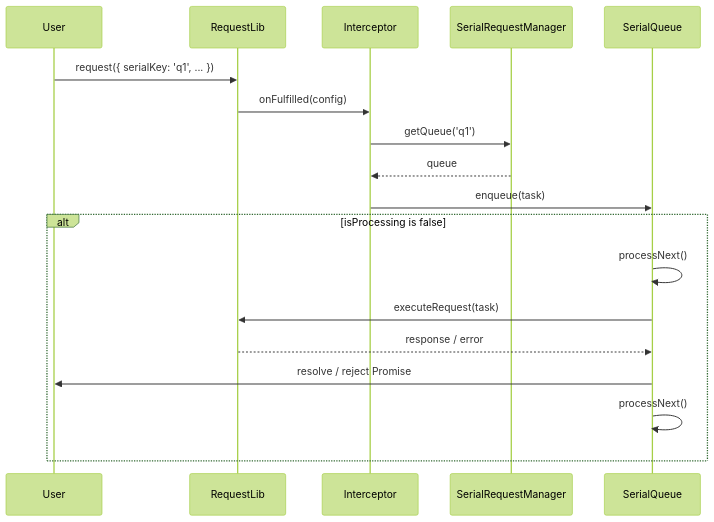
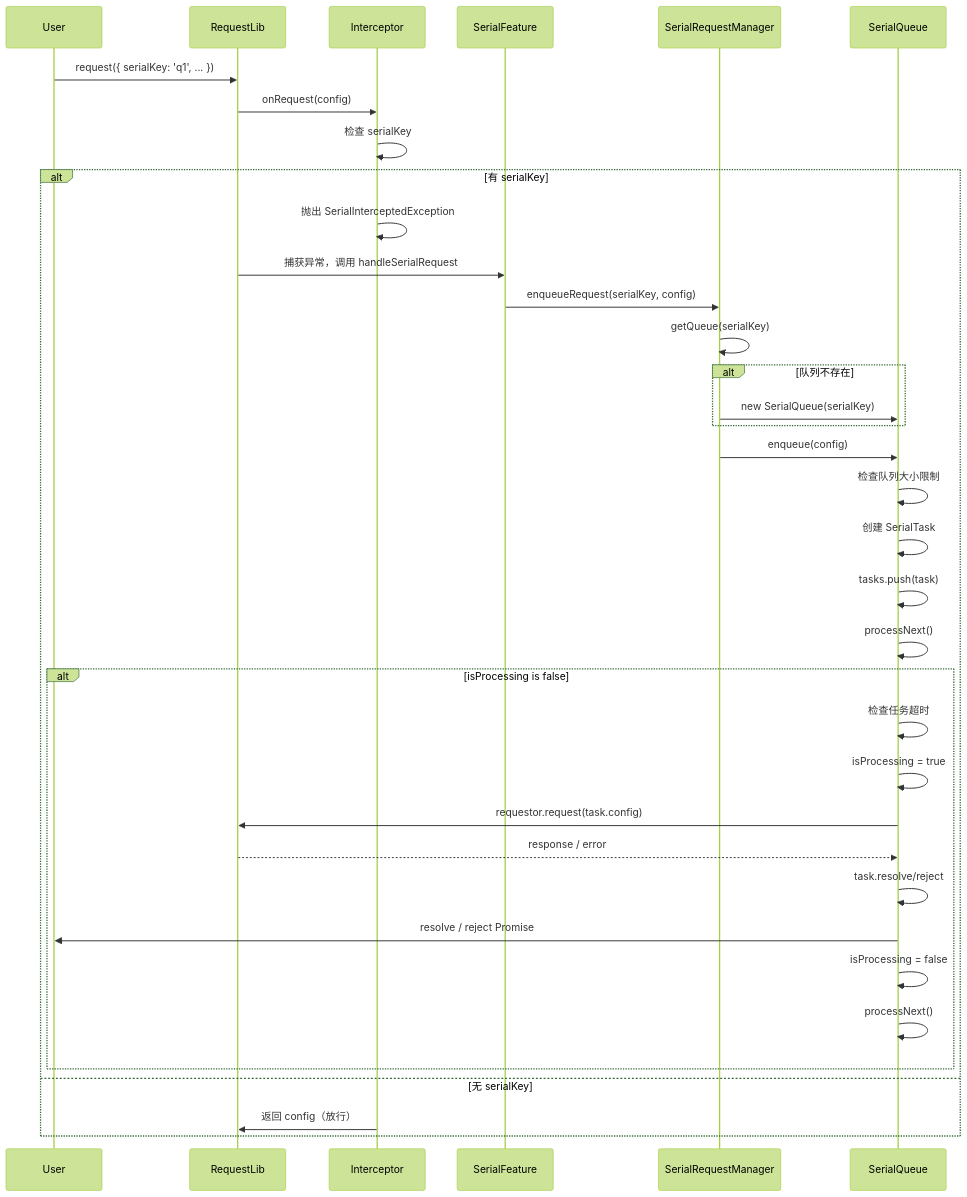
One commit to warmeaf/gh-request-lib changed the diagram in packages/request-core/src/features/serial/README.md. Above: the diagram before and after it, drawn with Mermaid (forest theme). The commit also changed other lines of this file and 10 other files, not shown here.

````diff
--- a/packages/request-core/src/features/serial/README.md
+++ b/packages/request-core/src/features/serial/README.md
@@ -98,21 +761,39 @@
 ```mermaid
 sequenceDiagram
     participant User
     participant RequestLib
     participant Interceptor
+    participant SerialFeature
     participant SerialRequestManager
     participant SerialQueue
 
     User->>RequestLib: request({ serialKey: 'q1', ... })
-    RequestLib->>Interceptor: onFulfilled(config)
-    Interceptor->>SerialRequestManager: getQueue('q1')
-    SerialRequestManager-->>Interceptor: queue
-    Interceptor->>SerialQueue: enqueue(task)
-    alt isProcessing is false
+    RequestLib->>Interceptor: onRequest(config)
+    Interceptor->>Interceptor: 检查 serialKey
+    alt 有 serialKey
+        Interceptor->>Interceptor: 抛出 SerialInterceptedException
+        RequestLib->>SerialFeature: 捕获异常，调用 handleSerialRequest
+        SerialFeature->>SerialRequestManager: enqueueRequest(serialKey, config)
+        SerialRequestManager->>SerialRequestManager: getQueue(serialKey)
+        alt 队列不存在
+            SerialRequestManager->>SerialQueue: new SerialQueue(serialKey)
+        end
+        SerialRequestManager->>SerialQueue: enqueue(config)
+        SerialQueue->>SerialQueue: 检查队列大小限制
+        SerialQueue->>SerialQueue: 创建 SerialTask
+        SerialQueue->>SerialQueue: tasks.push(task)
         SerialQueue->>SerialQueue: processNext()
-        SerialQueue->>RequestLib: executeRequest(task)
-        RequestLib-->>SerialQueue: response / error
-        SerialQueue->>User: resolve / reject Promise
-        SerialQueue->>SerialQueue: processNext()
+        alt isProcessing is false
+            SerialQueue->>SerialQueue: 检查任务超时
+            SerialQueue->>SerialQueue: isProcessing = true
+            SerialQueue->>RequestLib: requestor.request(task.config)
+            RequestLib-->>SerialQueue: response / error
+            SerialQueue->>SerialQueue: task.resolve/reject
+            SerialQueue->>User: resolve / reject Promise
+            SerialQueue->>SerialQueue: isProcessing = false
+            SerialQueue->>SerialQueue: processNext()
+        end
+    else 无 serialKey
+        Interceptor->>RequestLib: 返回 config（放行）
     end
 ```
````
